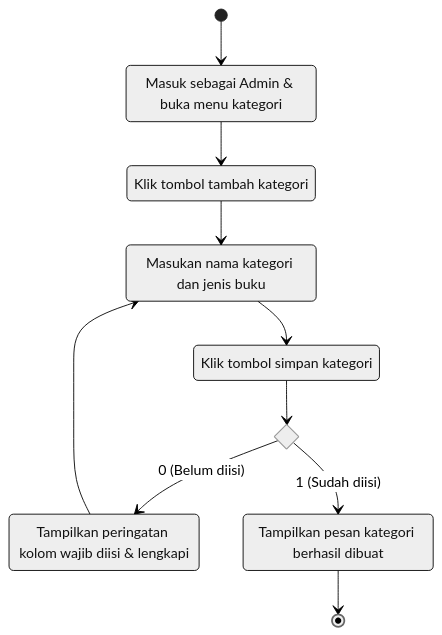
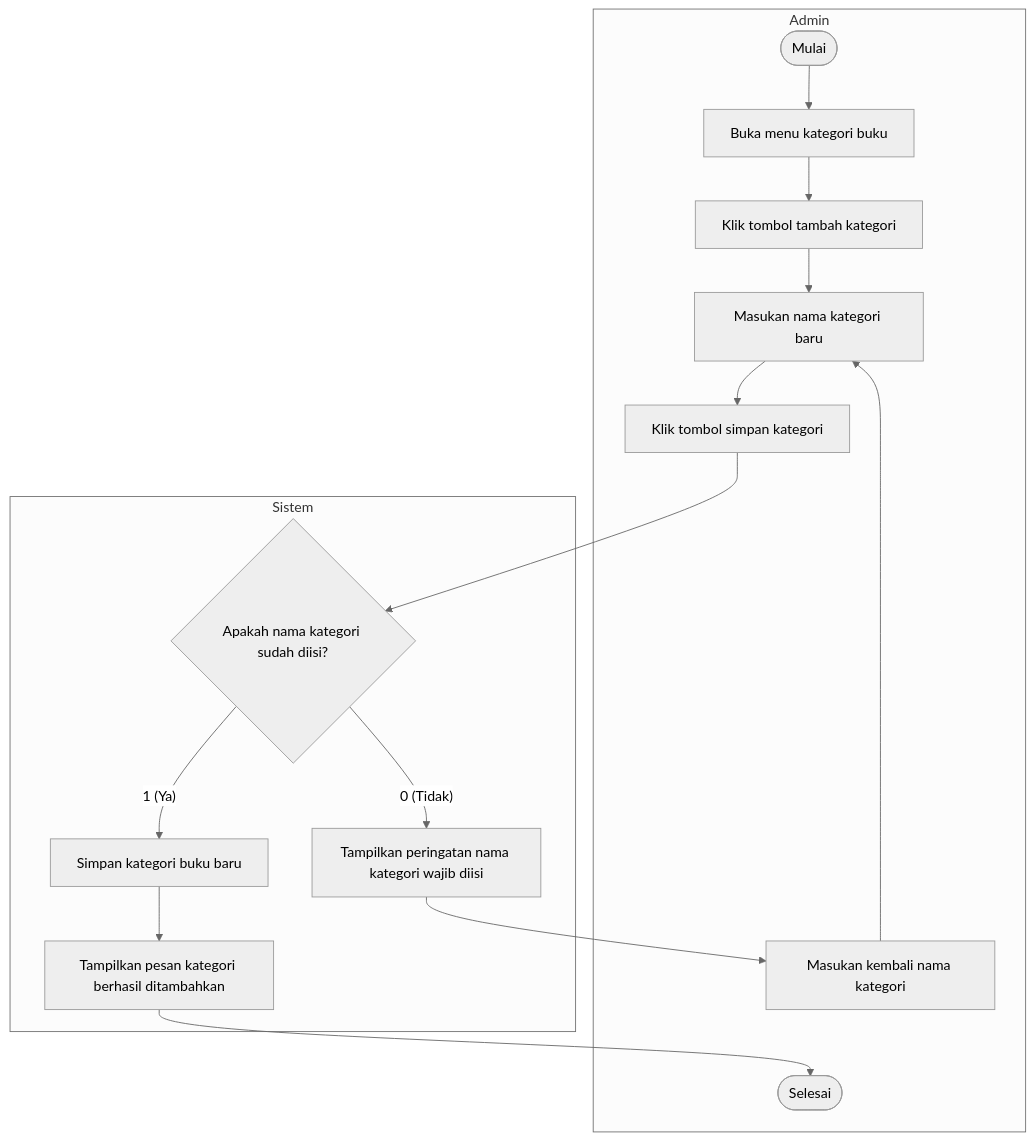
The diagram in docs/uml/src/diagrams/list-diagrams/activity-createcategory.mmd (dimstyle/ruang-baca), drawn with Mermaid (neutral theme) before and after one commit. The commit also changed 24 other files, not shown here.

Commit message:
docs(uml): add User, Admin, and Sistem swimlanes to activity diagrams

```diff
--- a/docs/uml/src/diagrams/list-diagrams/activity-createcategory.mmd
+++ b/docs/uml/src/diagrams/list-diagrams/activity-createcategory.mmd
@@ -1,18 +1,18 @@
-stateDiagram-v2
-    state "Masuk sebagai Admin & buka menu kategori" as s1
-    state "Klik tombol tambah kategori" as s2
-    state "Masukan nama kategori dan jenis buku" as s3
-    state "Klik tombol simpan kategori" as s4
-    state checkFilled <<choice>>
-    state "Tampilkan peringatan kolom wajib diisi & lengkapi" as fix
-    state "Tampilkan pesan kategori berhasil dibuat" as ok
+flowchart TD
+    subgraph Admin["Admin"]
+        start(["Mulai"]) --> openMenu["Buka menu kategori buku"]
+        openMenu --> clickAdd["Klik tombol tambah kategori"]
+        clickAdd --> inputName["Masukan nama kategori baru"]
+        inputName --> clickSave["Klik tombol simpan kategori"]
+        fixName["Masukan kembali nama kategori"] --> inputName
+        finish(["Selesai"])
+    end
 
-    [*] --> s1
-    s1 --> s2
-    s2 --> s3
-    s3 --> s4
-    s4 --> checkFilled
-    checkFilled --> fix : 0 (Belum diisi)
-    fix --> s3
-    checkFilled --> ok : 1 (Sudah diisi)
-    ok --> [*]
+    subgraph Sistem["Sistem"]
+        clickSave --> checkValid{"Apakah nama kategori sudah diisi?"}
+        checkValid -->|"0 (Tidak)"| warnInvalid["Tampilkan peringatan nama kategori wajib diisi"]
+        warnInvalid --> fixName
+        checkValid -->|"1 (Ya)"| saveCat["Simpan kategori buku baru"]
+        saveCat --> created["Tampilkan pesan kategori berhasil ditambahkan"]
+        created --> finish
+    end
```
